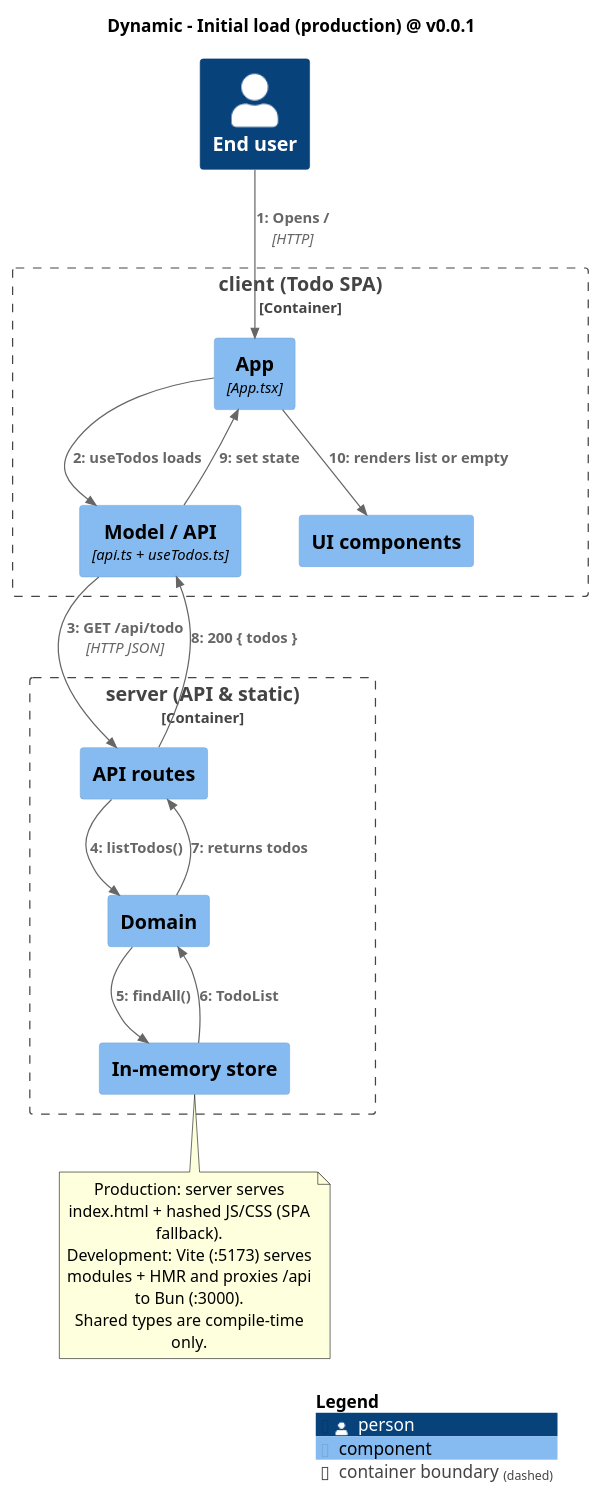
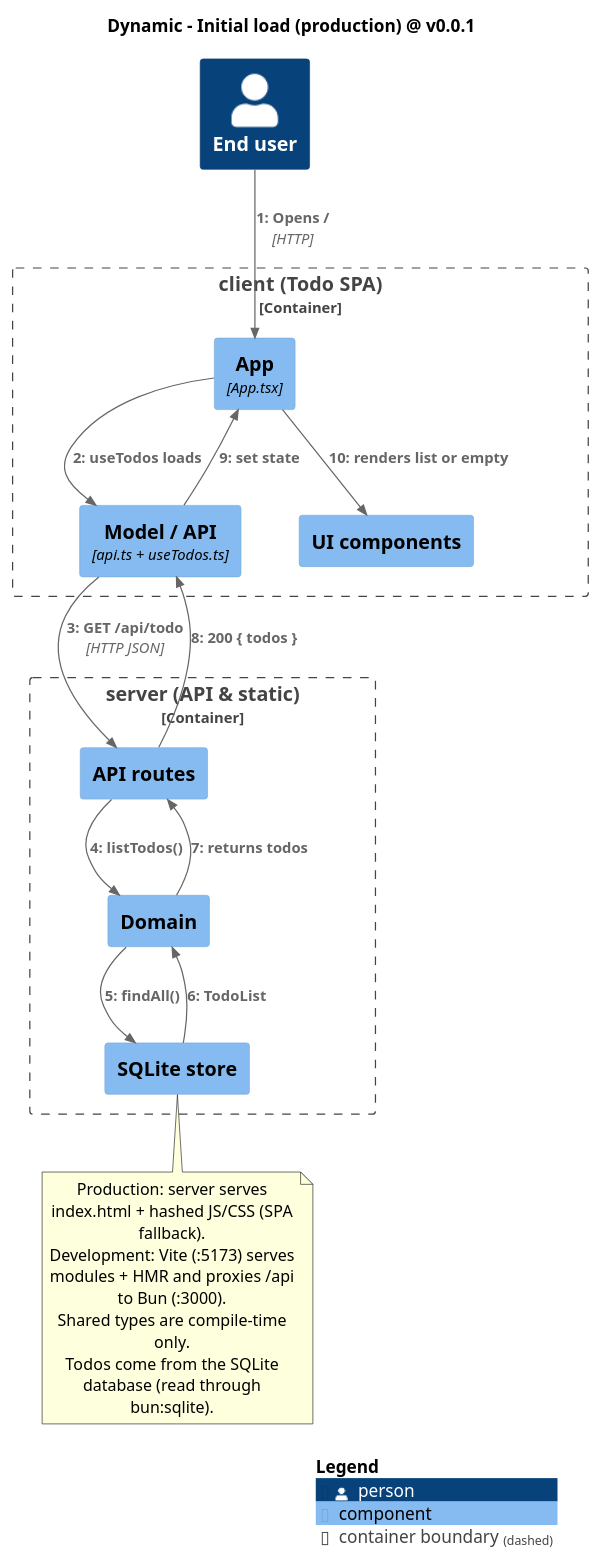
The diagram in docs/architecture/diagrams/05a-dynamic-initial-load.puml (MemoryIt/todo), drawn with PlantUML before and after one commit. The commit also changed 8 other files, not shown here.

First line of the commit message:
docs: describe SQLite persistence in READMEs and C4 diagrams

```diff
--- a/docs/architecture/diagrams/05a-dynamic-initial-load.puml
+++ b/docs/architecture/diagrams/05a-dynamic-initial-load.puml
@@ -1,37 +1,38 @@
 @startuml
 !include <C4/C4_Dynamic>
 title Dynamic - Initial load (production) @ v0.0.1
 
 Person(user, "End user")
 
 Container_Boundary(c, "client (Todo SPA)") {
   Component(app, "App", "App.tsx")
   Component(model, "Model / API", "api.ts + useTodos.ts")
   Component(ui, "UI components")
 }
 
 Container_Boundary(s, "server (API & static)") {
   Component(api, "API routes")
   Component(domain, "Domain")
-  Component(store, "In-memory store")
+  Component(store, "SQLite store")
 }
 
 Rel(user, app, "Opens /", "HTTP")
 Rel(app, model, "useTodos loads")
 Rel(model, api, "GET /api/todo", "HTTP JSON")
 Rel(api, domain, "listTodos()")
 Rel(domain, store, "findAll()")
 Rel(store, domain, "TodoList")
 Rel(domain, api, "returns todos")
 Rel(api, model, "200 { todos }")
 Rel(model, app, "set state")
 Rel(app, ui, "renders list or empty")
 
 note bottom
   Production: server serves index.html + hashed JS/CSS (SPA fallback).
   Development: Vite (:5173) serves modules + HMR and proxies /api to Bun (:3000).
   Shared types are compile-time only.
+  Todos come from the SQLite database (read through bun:sqlite).
 end note
 
 SHOW_LEGEND()
 @enduml
```
